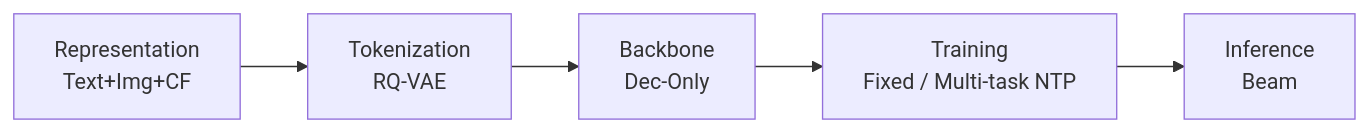
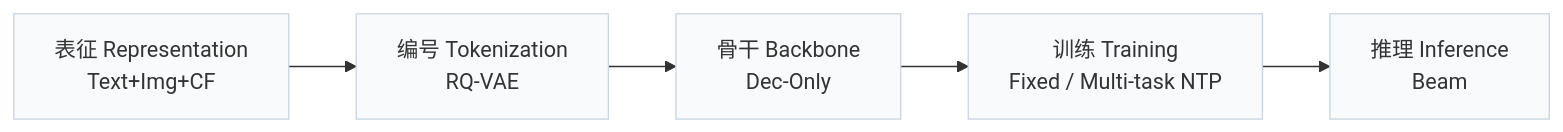
Before and after one commit to Galaxy-ghost/Awesome-SID-Generative-Rec: the first of 2 diagrams in pages/zh/papers/plum.md, drawn with Mermaid. The commit also changed other lines of this file and 649 other files, not shown here.

Commit message:
writer-05: also tags and modality index (schema, check, build, visuals); summary field removed; calibration data for 12 papers

````diff
--- a/pages/zh/papers/plum.md
+++ b/pages/zh/papers/plum.md
@@ -13,4 +15,6 @@
 ```mermaid
 flowchart LR
-    R["Representation<br/>Text+Img+CF"] --> T["Tokenization<br/>RQ-VAE"] --> B["Backbone<br/>Dec-Only"] --> TR["Training<br/>Fixed / Multi-task NTP"] --> I["Inference<br/>Beam"]
+    R["表征 Representation<br/>Text+Img+CF"] --> T["编号 Tokenization<br/>RQ-VAE"] --> B["骨干 Backbone<br/>Dec-Only"] --> TR["训练 Training<br/>Fixed / Multi-task NTP"] --> I["推理 Inference<br/>Beam"]
+    classDef base fill:#f8fafc,stroke:#cbd5e1
+    class R,T,B,TR,I base
 ```
````
